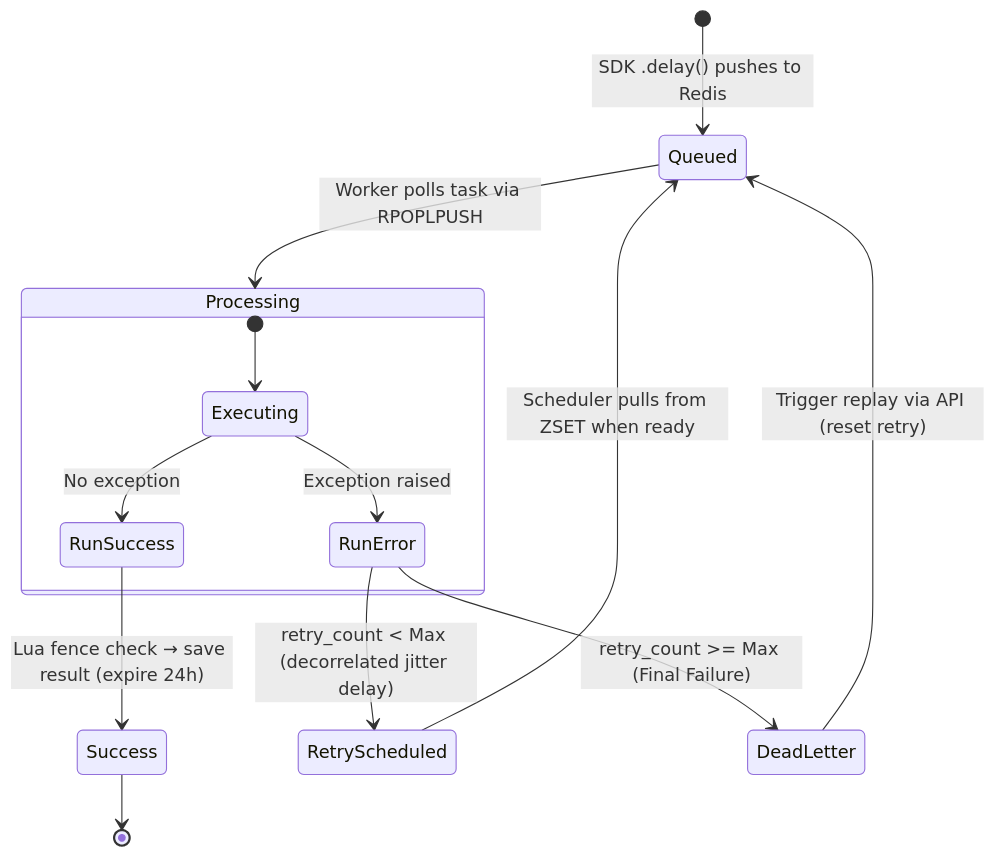
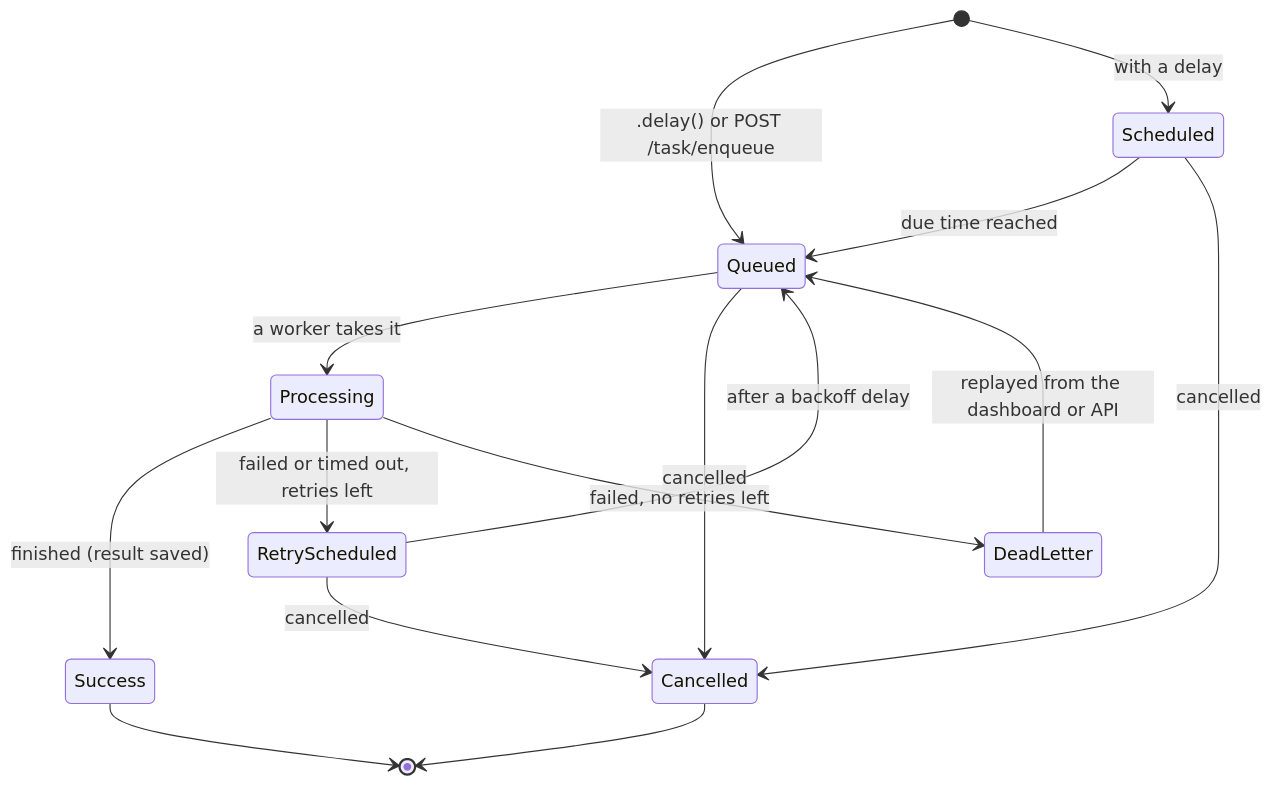
One commit to vrajpatelm/PyTaskQ changed the diagram in docs/ARCHITECTURE.md. Above: the diagram before and after it, drawn with Mermaid. The commit also changed other lines of this file and 4 other files, not shown here.

First line of the commit message:
docs: update ARCHITECTURE and README for 0.3.2; stop tracking RELEASING.md

````diff
--- a/docs/ARCHITECTURE.md
+++ b/docs/ARCHITECTURE.md
@@ -58,20 +56,17 @@
 ```mermaid
 stateDiagram-v2
-    [*] --> Queued : SDK .delay() pushes to Redis
-    Queued --> Processing : Worker polls task via RPOPLPUSH
-
-    state Processing {
-        [*] --> Executing
-        Executing --> RunSuccess : No exception
-        Executing --> RunError : Exception raised
-    }
-
-    RunSuccess --> Success : Lua fence check → save result (expire 24h)
+    [*] --> Queued : .delay() or POST /task/enqueue
+    [*] --> Scheduled : with a delay
+    Scheduled --> Queued : due time reached
+    Queued --> Processing : a worker takes it
+    Processing --> Success : finished (result saved)
+    Processing --> RetryScheduled : failed or timed out, retries left
+    Processing --> DeadLetter : failed, no retries left
+    RetryScheduled --> Queued : after a backoff delay
+    DeadLetter --> Queued : replayed from the dashboard or API
+    Queued --> Cancelled : cancelled
+    Scheduled --> Cancelled : cancelled
+    RetryScheduled --> Cancelled : cancelled
     Success --> [*]
-
-    RunError --> RetryScheduled : retry_count < Max (decorrelated jitter delay)
-    RunError --> DeadLetter : retry_count >= Max (Final Failure)
-
-    RetryScheduled --> Queued : Scheduler pulls from ZSET when ready
-    DeadLetter --> Queued : Trigger replay via API (reset retry)
+    Cancelled --> [*]
 ```
````
